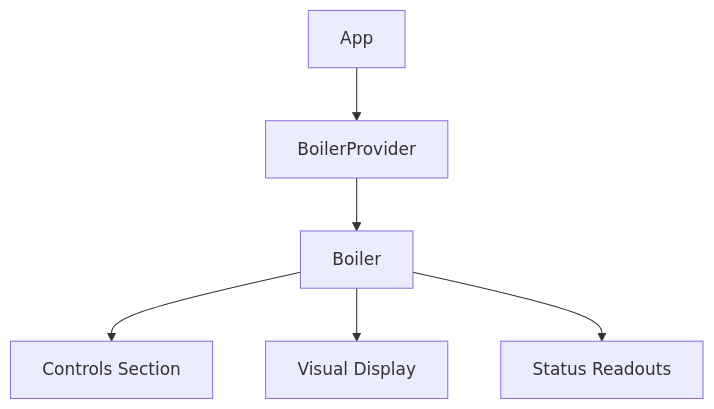
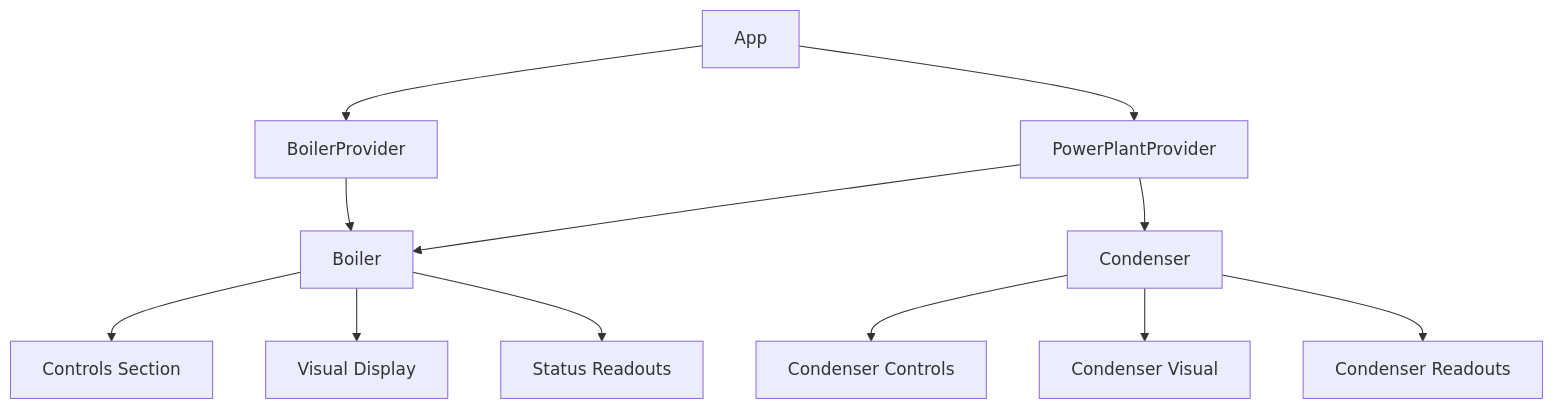
One commit to NarubyRiverlione/steamboiler changed the second of 3 diagrams in memory-bank/systemPatterns.md. Above: the diagram before and after it, drawn with Mermaid. The commit also changed other lines of this file and 2 other files, not shown here.

````diff
--- a/memory-bank/systemPatterns.md
+++ b/memory-bank/systemPatterns.md
@@ -75,8 +76,14 @@
 ```mermaid
 flowchart TD
     App --> BoilerProvider
     BoilerProvider --> Boiler
+    App --> PowerPlantProvider
+    PowerPlantProvider --> Boiler
+    PowerPlantProvider --> Condenser
     Boiler --> Controls[Controls Section]
     Boiler --> Display[Visual Display]
     Boiler --> Readouts[Status Readouts]
+    Condenser --> CondenserControls[Condenser Controls]
+    Condenser --> CondenserDisplay[Condenser Visual]
+    Condenser --> CondenserReadouts[Condenser Readouts]
 ```
````
